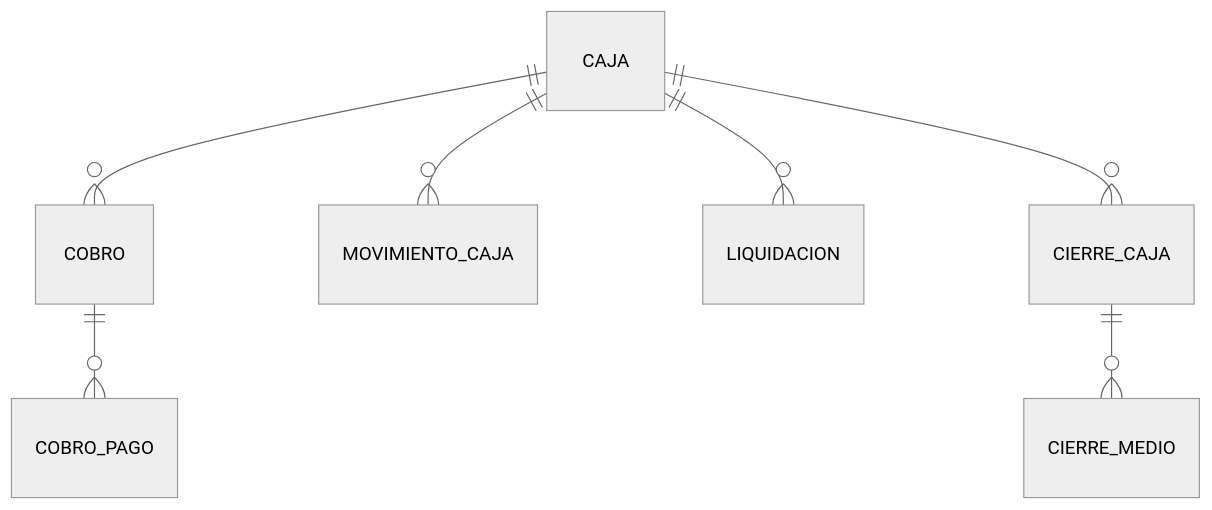
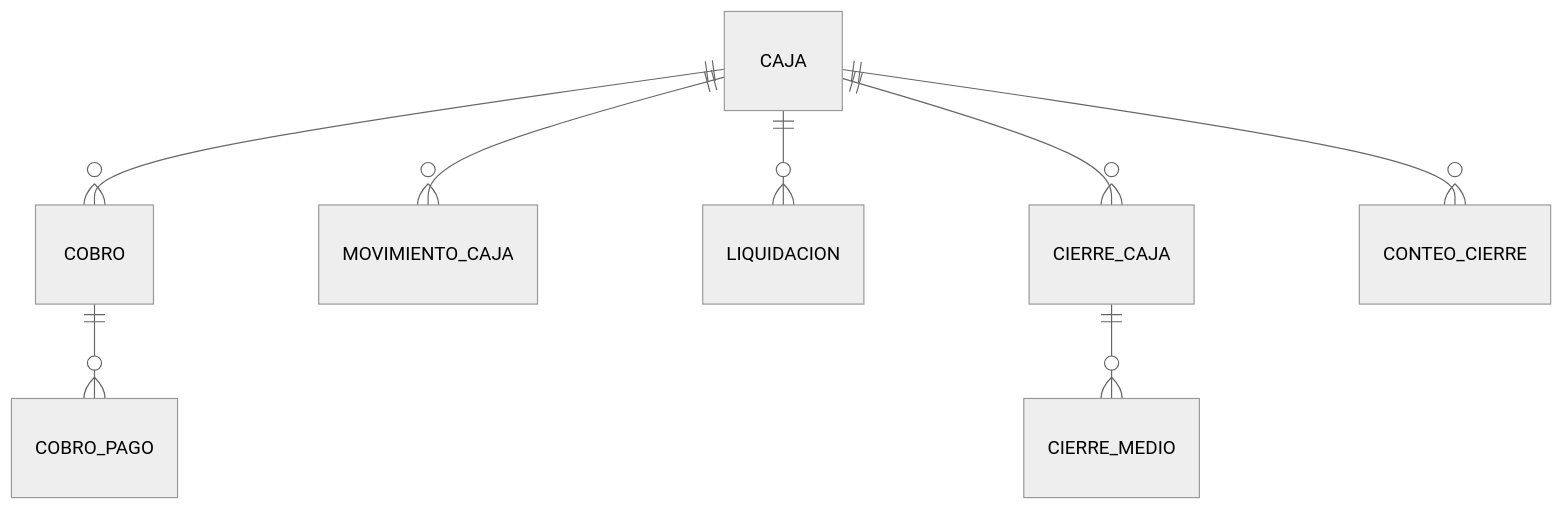
The second of 5 diagrams in docs/dor/DOR-FT-CIE-01-apertura-movimientos-y-liquidacion-de-repartidores.md (JoseEM26/caprichos), drawn with Mermaid (neutral theme) before and after one commit. The commit also changed other lines of this file and 208 other files, not shown here.

````diff
--- a/docs/dor/DOR-FT-CIE-01-apertura-movimientos-y-liquidacion-de-repartidores.md
+++ b/docs/dor/DOR-FT-CIE-01-apertura-movimientos-y-liquidacion-de-repartidores.md
@@ -86,9 +86,10 @@
 ```mermaid
 erDiagram
   CAJA ||--o{ COBRO : ""
   COBRO ||--o{ COBRO_PAGO : ""
   CAJA ||--o{ MOVIMIENTO_CAJA : ""
   CAJA ||--o{ LIQUIDACION : ""
   CAJA ||--o{ CIERRE_CAJA : ""
   CIERRE_CAJA ||--o{ CIERRE_MEDIO : ""
+  CAJA ||--o{ CONTEO_CIERRE : ""
 ```
````
